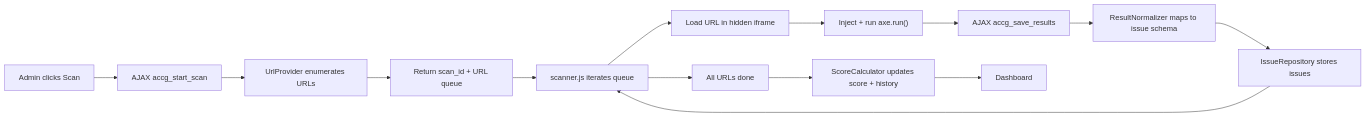
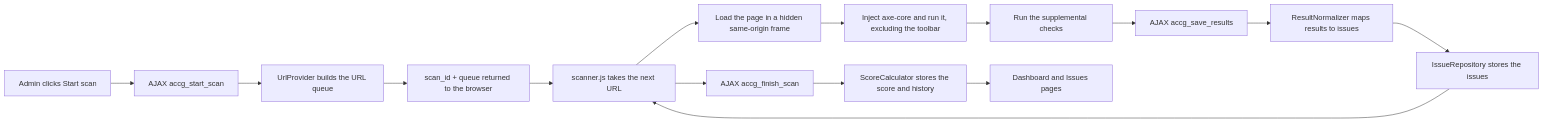
Before and after one commit to esmobg/Accessibility-Guardian: the diagram in README.md, drawn with Mermaid. The commit also changed other lines of this file and 21 other files, not shown here.

````diff
--- a/README.md
+++ b/README.md
@@ -32,16 +158,17 @@
 ```mermaid
 flowchart LR
-  admin[Admin clicks Scan] --> start["AJAX accg_start_scan"]
-  start --> urls[UrlProvider enumerates URLs]
-  urls --> queue[Return scan_id + URL queue]
-  queue --> loop[scanner.js iterates queue]
-  loop --> iframe[Load URL in hidden iframe]
-  iframe --> run["Inject + run axe.run()"]
-  run --> save["AJAX accg_save_results"]
-  save --> norm[ResultNormalizer maps to issue schema]
-  norm --> store[IssueRepository stores issues]
+  admin[Admin clicks Start scan] --> start["AJAX accg_start_scan"]
+  start --> urls[UrlProvider builds the URL queue]
+  urls --> queue[scan_id + queue returned to the browser]
+  queue --> loop[scanner.js takes the next URL]
+  loop --> iframe[Load the page in a hidden same-origin frame]
+  iframe --> run["Inject axe-core and run it, excluding the toolbar"]
+  run --> custom[Run the supplemental checks]
+  custom --> save["AJAX accg_save_results"]
+  save --> norm[ResultNormalizer maps results to issues]
+  norm --> store[IssueRepository stores the issues]
   store --> loop
-  loop --> done[All URLs done]
-  done --> score[ScoreCalculator updates score + history]
-  score --> dash[Dashboard]
+  loop --> done["AJAX accg_finish_scan"]
+  done --> score[ScoreCalculator stores the score and history]
+  score --> dash[Dashboard and Issues pages]
 ```
````
